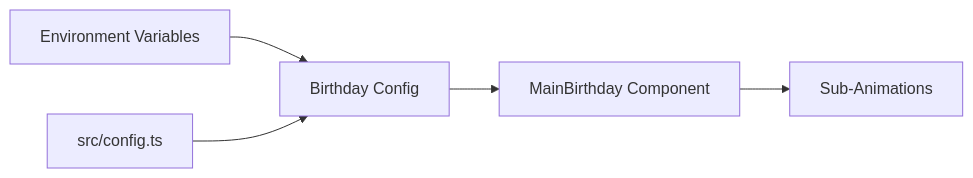
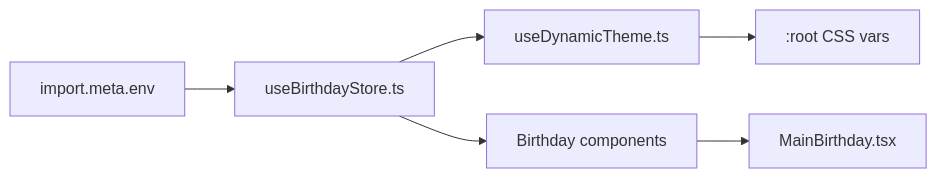
The diagram in docs/architecture.md (Lolz365/birthday-bloom), drawn with Mermaid before and after one commit. The commit also changed other lines of this file and 5 other files, not shown here.

Commit message:
refactor: update environment variable documentation and reserve future theme options

````diff
--- a/docs/architecture.md
+++ b/docs/architecture.md
@@ -99,7 +91,8 @@
 ```mermaid
 graph LR
-    ENV[Environment Variables] --> B[Birthday Config]
-    UI[src/config.ts] --> B
-    B --> M[MainBirthday Component]
-    M --> C[Sub-Animations]
+  ENV[import.meta.env] --> S[useBirthdayStore.ts]
+  S --> T[useDynamicTheme.ts]
+  T --> ROOT[:root CSS vars]
+  S --> UI[Birthday components]
+  UI --> MAIN[MainBirthday.tsx]
 ```
````
